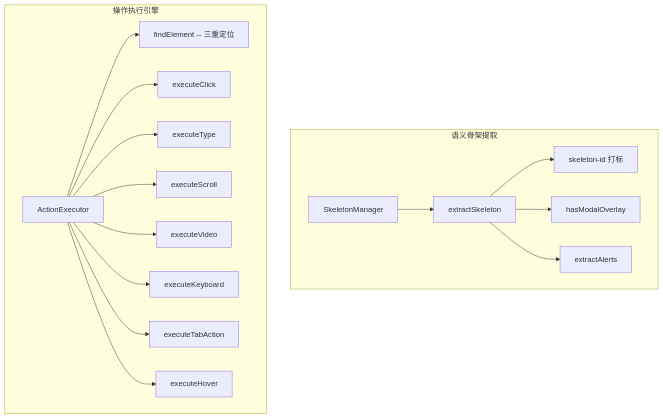
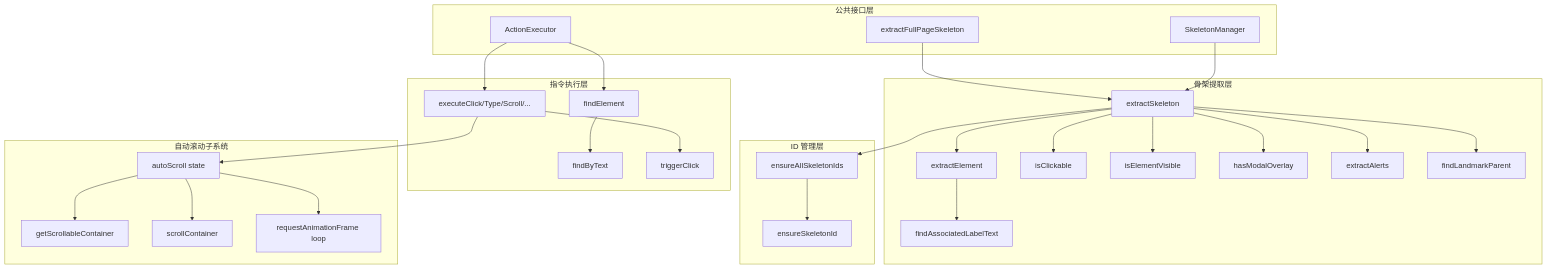
One commit to zw123zw/ai-browser changed the first of 5 diagrams in docs/architecture/browser-command.md. Above: the diagram before and after it, drawn with Mermaid. The commit also changed other lines of this file and 25 other files, not shown here.

````diff
--- a/docs/architecture/browser-command.md
+++ b/docs/architecture/browser-command.md
@@ -7,35 +66,59 @@
 ```mermaid
 graph TB
-    subgraph Skeleton["语义骨架提取"]
+    subgraph "公共接口层"
         SM[SkeletonManager]
-        ES[extractSkeleton]
-        SI[skeleton-id 打标]
-        Modal[hasModalOverlay]
-        Alerts[extractAlerts]
+        AE[ActionExecutor]
+        LH[extractFullPageSkeleton]
     end
 
-    subgraph Executor["操作执行引擎"]
-        AE[ActionExecutor]
-        FindEl[findElement -- 三重定位]
-        Click[executeClick]
-        Type[executeType]
-        Scroll[executeScroll]
-        Video[executeVideo]
-        Keyboard[executeKeyboard]
-        Tab[executeTabAction]
-        Hover[executeHover]
+    subgraph "骨架提取层"
+        ES[extractSkeleton]
+        EI[extractElement]
+        IC[isClickable]
+        IV[isElementVisible]
+        HM[hasModalOverlay]
+        EA[extractAlerts]
+        FL[findLandmarkParent]
+        FA[findAssociatedLabelText]
+    end
+
+    subgraph "ID 管理层"
+        SID[ensureAllSkeletonIds]
+        SIE[ensureSkeletonId]
+    end
+
+    subgraph "指令执行层"
+        FE[findElement]
+        FT[findByText]
+        TC[triggerClick]
+        EX[executeClick/Type/Scroll/...]
+    end
+
+    subgraph "自动滚动子系统"
+        AS[autoScroll state]
+        GS[getScrollableContainer]
+        SC[scrollContainer]
+        RAF[requestAnimationFrame loop]
     end
 
     SM --> ES
-    ES --> SI
-    ES --> Modal
-    ES --> Alerts
-    AE --> FindEl
-    AE --> Click
-    AE --> Type
-    AE --> Scroll
-    AE --> Video
-    AE --> Keyboard
-    AE --> Tab
-    AE --> Hover
+    LH --> ES
+    ES --> SID
+    ES --> EI
+    ES --> IC
+    ES --> IV
+    ES --> HM
+    ES --> EA
+    ES --> FL
+    EI --> FA
+    SID --> SIE
+
+    AE --> FE
+    FE --> FT
+    AE --> EX
+    EX --> TC
+    EX --> AS
+    AS --> GS
+    AS --> SC
+    AS --> RAF
 ```
````
